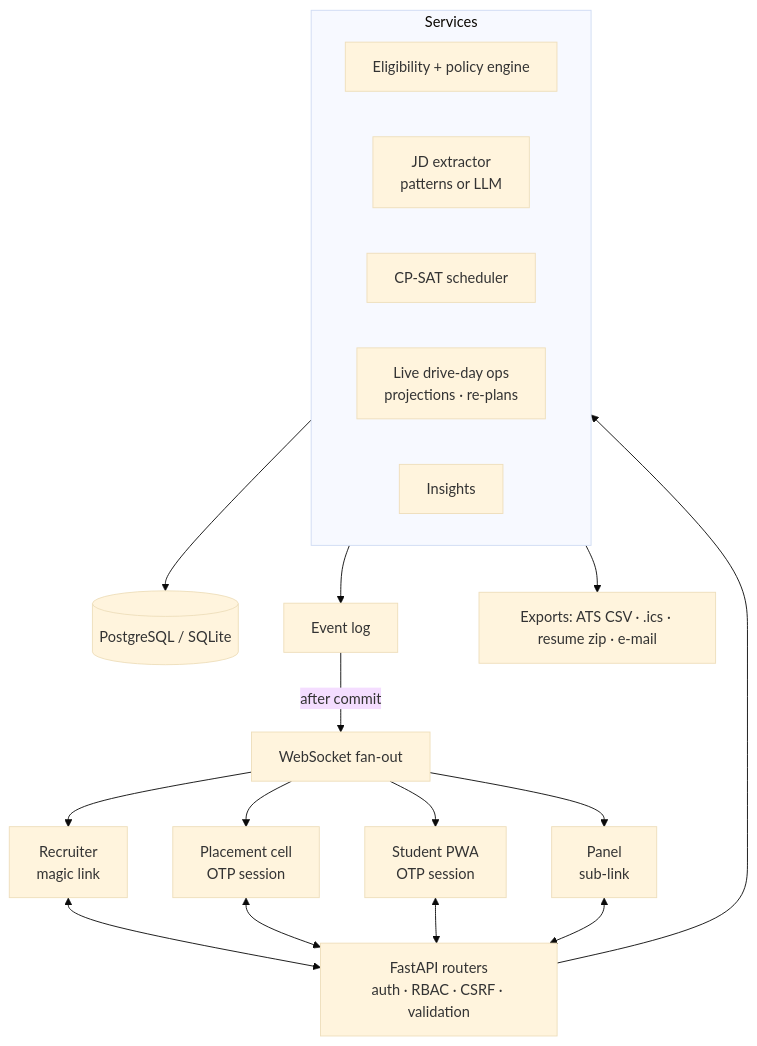
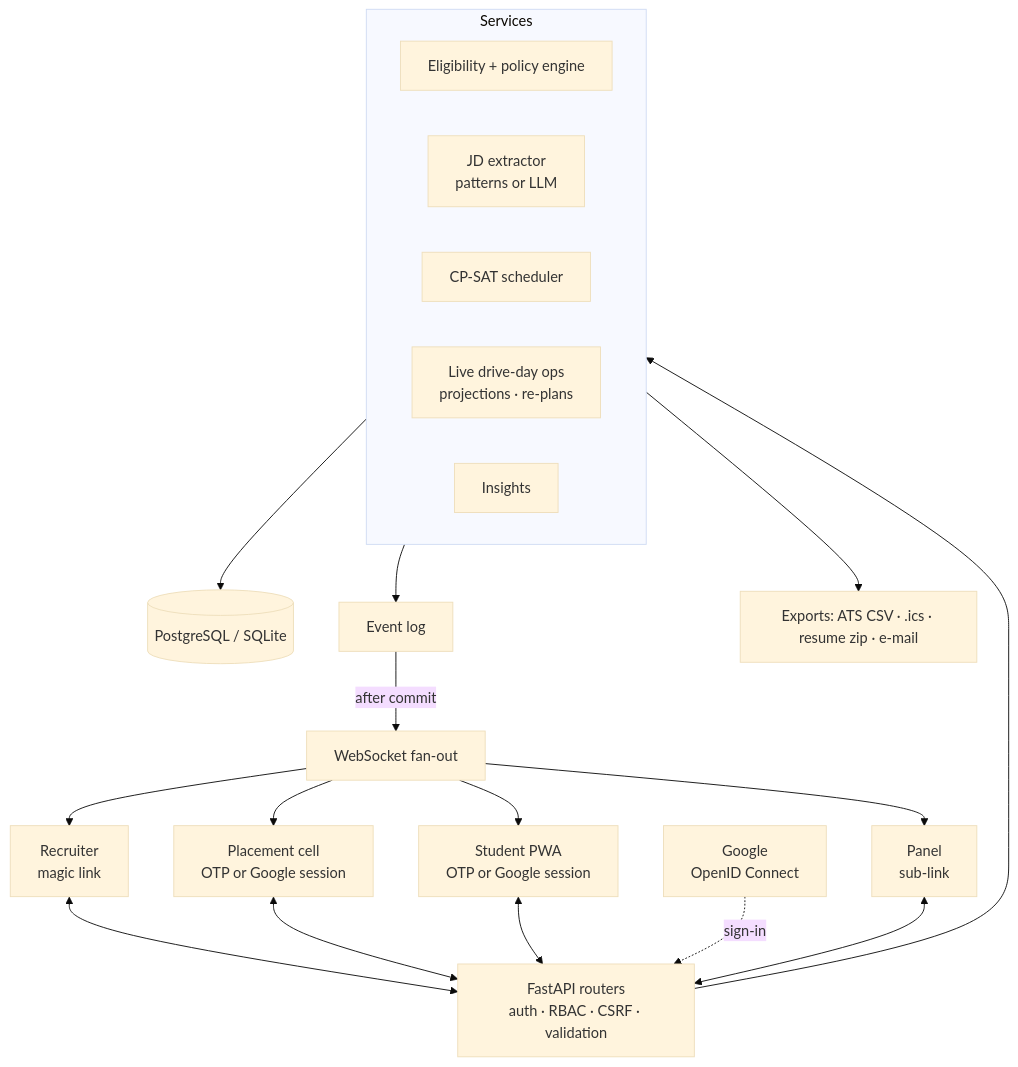
Before and after one commit to eashaanmano/HireFlo: the diagram in docs/architecture.md, drawn with Mermaid (base theme). The commit also changed 5 other files, not shown here.

Commit message:
Document Google sign-in and the NITC-only rule for local runs and Render

````diff
--- a/docs/architecture.md
+++ b/docs/architecture.md
@@ -5,20 +5,21 @@
 ```mermaid
 flowchart TB
   R[Recruiter<br/>magic link] <--> API
-  C[Placement cell<br/>OTP session] <--> API
-  S[Student PWA<br/>OTP session] <--> API
+  C[Placement cell<br/>OTP or Google session] <--> API
+  S[Student PWA<br/>OTP or Google session] <--> API
+  G[Google<br/>OpenID Connect] -. sign-in .-> API
   P[Panel<br/>sub-link] <--> API
   API[FastAPI routers<br/>auth · RBAC · CSRF · validation] --> SVC
   subgraph SVC[Services]
     E[Eligibility + policy engine]
     J[JD extractor<br/>patterns or LLM]
     X[CP-SAT scheduler]
     L[Live drive-day ops<br/>projections · re-plans]
     I[Insights]
   end
   SVC --> DB[(PostgreSQL / SQLite)]
   SVC --> EV[Event log]
   EV -->|after commit| WS[WebSocket fan-out]
   WS --> R & C & S & P
   SVC --> OUT[Exports: ATS CSV · .ics · resume zip · e-mail]
 ```
````
